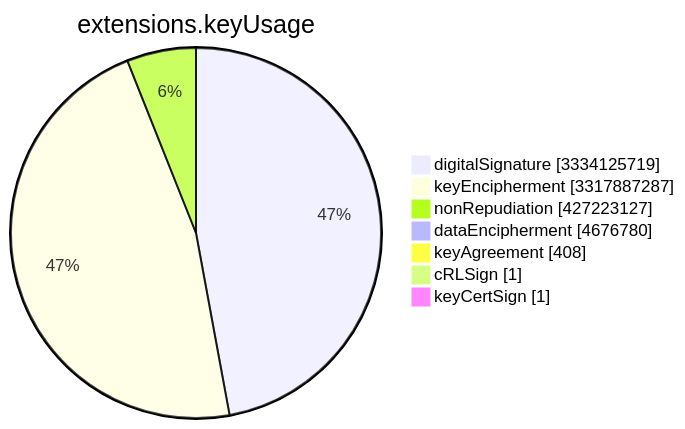
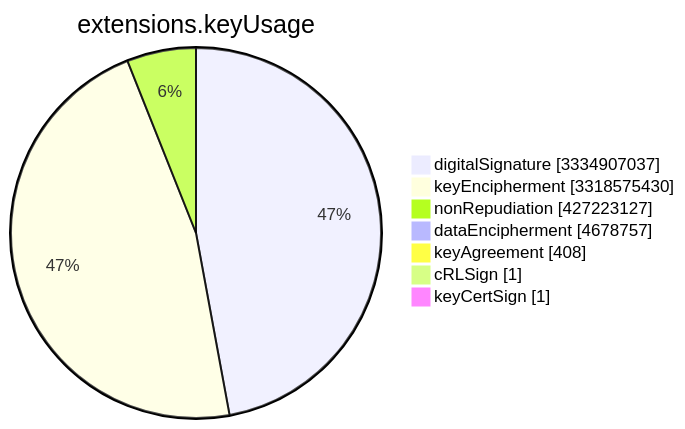
Before and after one commit to christiankrug/ctmonitor_visualization: the sixth of 15 diagrams in TOTAL/README.md, drawn with Mermaid. The commit also changed other lines of this file, not shown here.

````diff
--- a/TOTAL/README.md
+++ b/TOTAL/README.md
@@ -3078,11 +3078,11 @@
 ```mermaid
 pie showData
 title extensions.keyUsage
-"digitalSignature" :3334125719
-"keyEncipherment" :3317887287
+"digitalSignature" :3334907037
+"keyEncipherment" :3318575430
 "nonRepudiation" :427223127
-"dataEncipherment" :4676780
+"dataEncipherment" :4678757
 "keyAgreement" :408
 "cRLSign" :1
 "keyCertSign" :1
 ```
````
